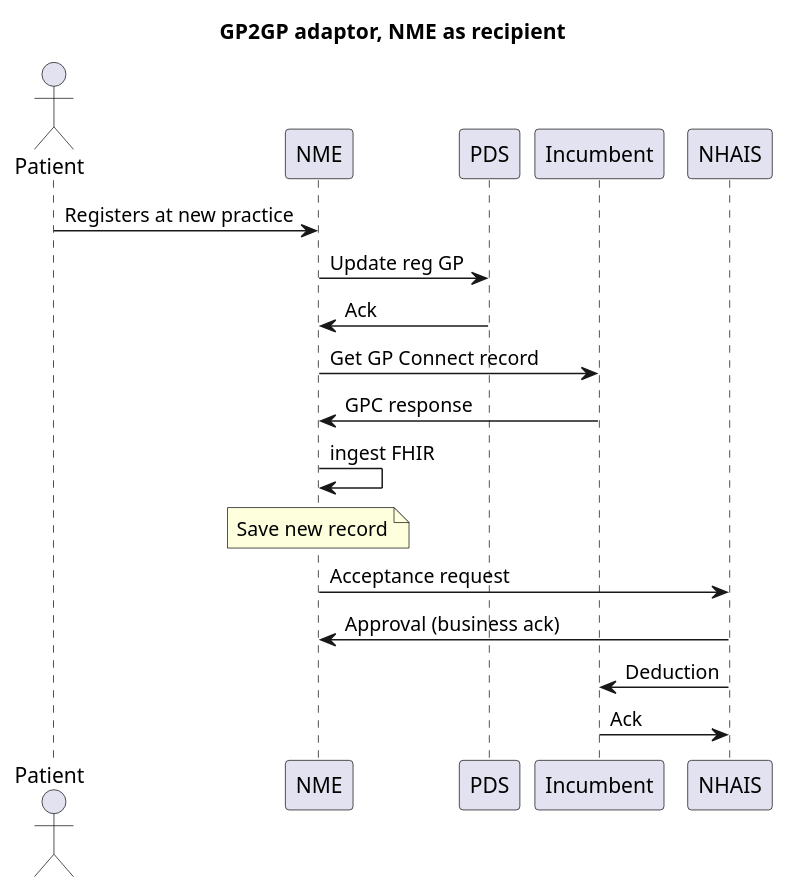
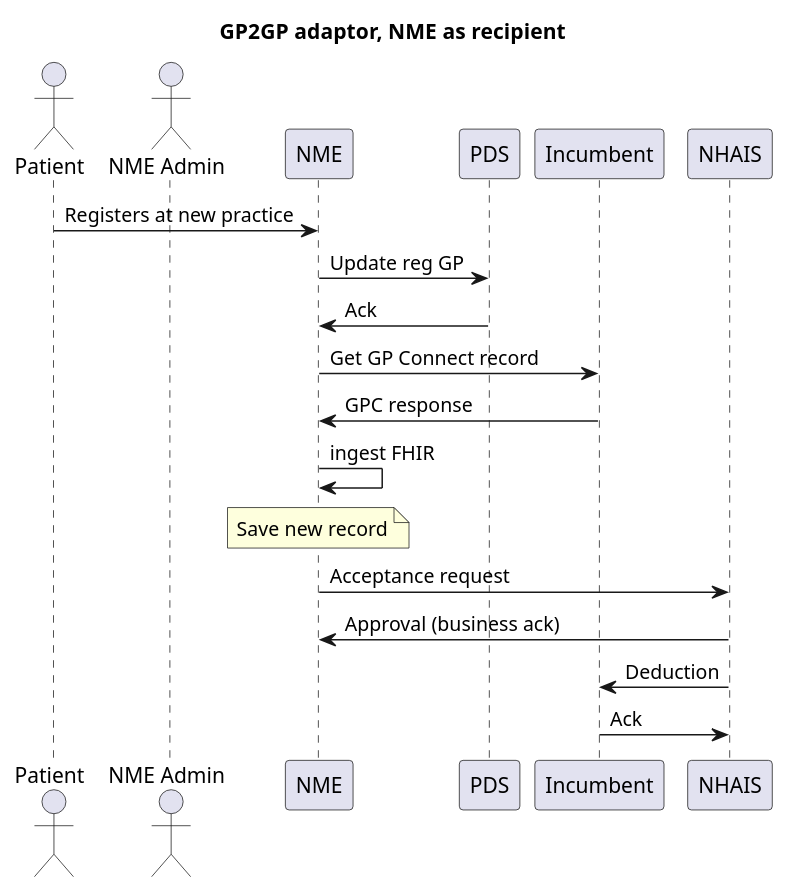
The diagram in architecture/incumbent-to-nme.puml (NHSDigital/integration-adaptor-gp2gp), drawn with PlantUML before and after one commit. The commit also changed 3 other files, not shown here.

```diff
--- a/architecture/incumbent-to-nme.puml
+++ b/architecture/incumbent-to-nme.puml
@@ -1,19 +1,20 @@
 @startuml
 
 title GP2GP adaptor, NME as recipient
 actor Patient
+actor "NME Admin" as igp
 Patient->NME:Registers at new practice
 NME->PDS:Update reg GP
 PDS->NME:Ack
 
 NME->Incumbent: Get GP Connect record
 Incumbent->NME:GPC response
 NME->NME: ingest FHIR
 note over NME:Save new record
 
 NME->NHAIS:Acceptance request
 NHAIS->NME:Approval (business ack)
 NHAIS->Incumbent:Deduction
 Incumbent->NHAIS:Ack
 
 @enduml
```
